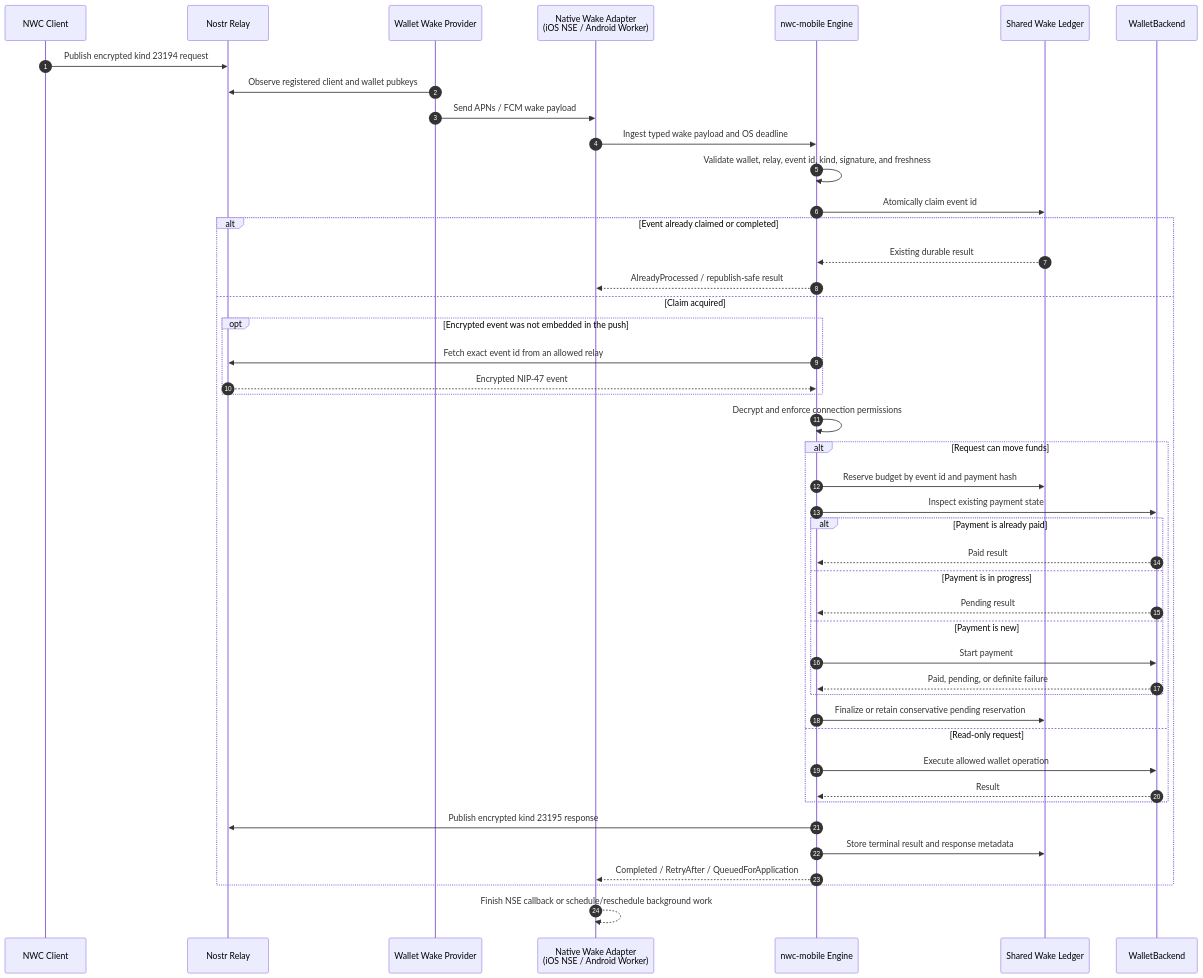
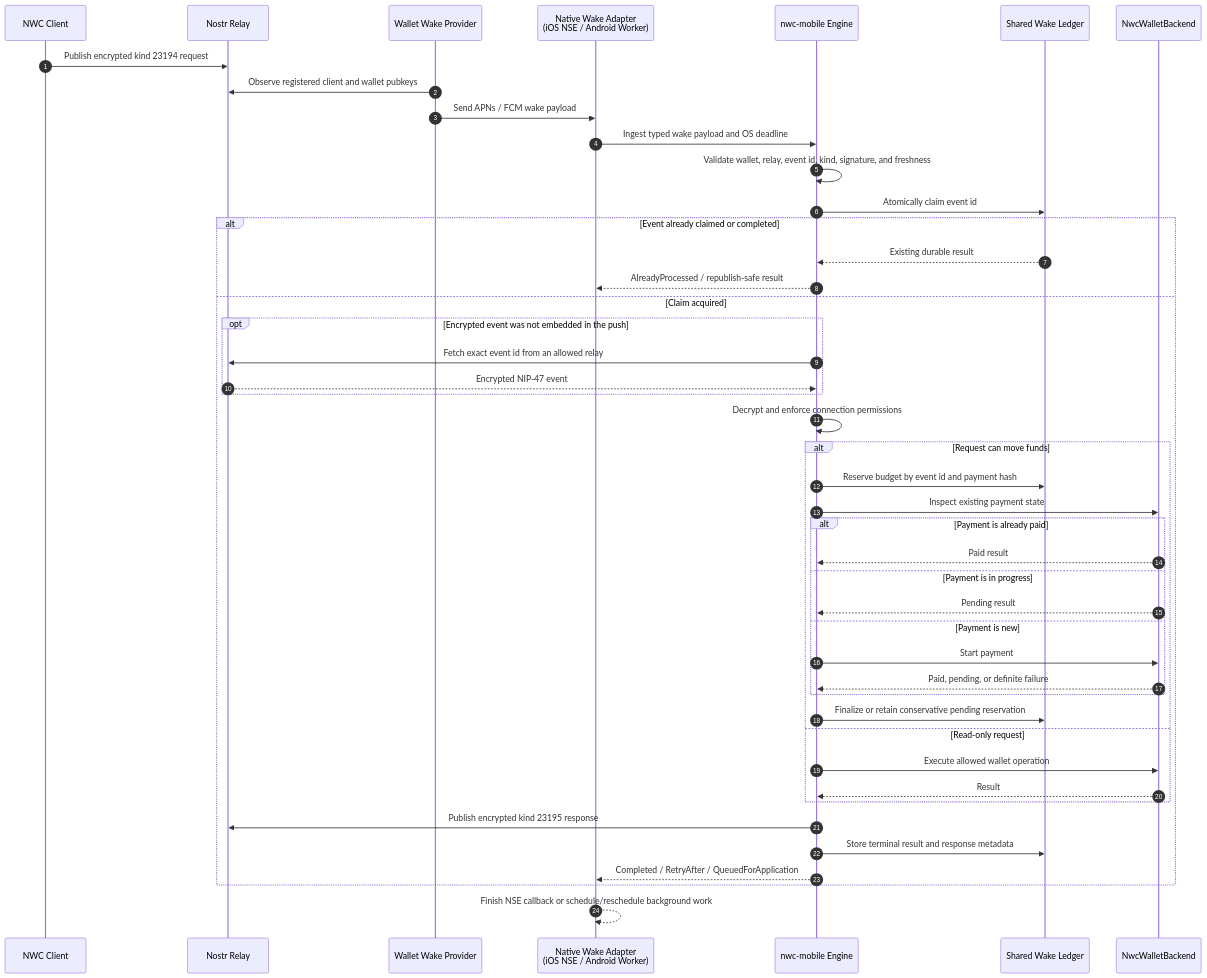
Before and after one commit to ntheile/nwc-mobile: the diagram in README.md, drawn with Mermaid. The commit also changed other lines of this file and 7 other files, not shown here.

Commit message:
Rename wallet host contract for NWC

````diff
--- a/README.md
+++ b/README.md
@@ -30,53 +30,53 @@
 ```mermaid
 sequenceDiagram
     autonumber
     participant C as NWC Client
     participant R as Nostr Relay
     participant P as Wallet Wake Provider
     participant N as Native Wake Adapter<br/>(iOS NSE / Android Worker)
     participant E as nwc-mobile Engine
     participant L as Shared Wake Ledger
-    participant W as WalletBackend
+    participant W as NwcWalletBackend
 
     C->>R: Publish encrypted kind 23194 request
     P->>R: Observe registered client and wallet pubkeys
     P->>N: Send APNs / FCM wake payload
     N->>E: Ingest typed wake payload and OS deadline
     E->>E: Validate wallet, relay, event id, kind, signature, and freshness
     E->>L: Atomically claim event id
 
     alt Event already claimed or completed
         L-->>E: Existing durable result
         E-->>N: AlreadyProcessed / republish-safe result
     else Claim acquired
         opt Encrypted event was not embedded in the push
             E->>R: Fetch exact event id from an allowed relay
             R-->>E: Encrypted NIP-47 event
         end
 
         E->>E: Decrypt and enforce connection permissions
 
         alt Request can move funds
             E->>L: Reserve budget by event id and payment hash
             E->>W: Inspect existing payment state
             alt Payment is already paid
                 W-->>E: Paid result
             else Payment is in progress
                 W-->>E: Pending result
             else Payment is new
                 E->>W: Start payment
                 W-->>E: Paid, pending, or definite failure
             end
             E->>L: Finalize or retain conservative pending reservation
         else Read-only request
             E->>W: Execute allowed wallet operation
             W-->>E: Result
         end
 
         E->>R: Publish encrypted kind 23195 response
         E->>L: Store terminal result and response metadata
         E-->>N: Completed / RetryAfter / QueuedForApplication
     end
 
     N-->>N: Finish NSE callback or schedule/reschedule background work
 ```
````
